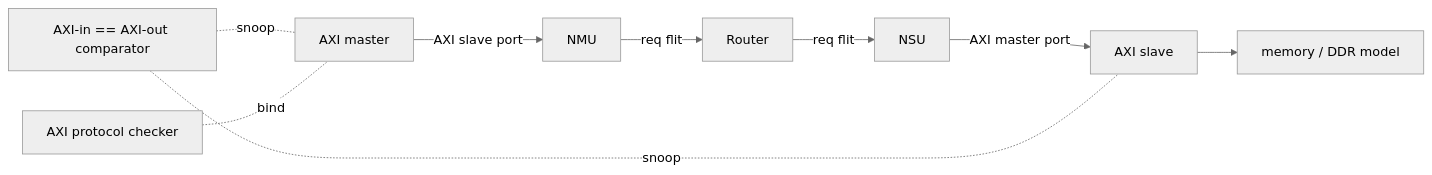
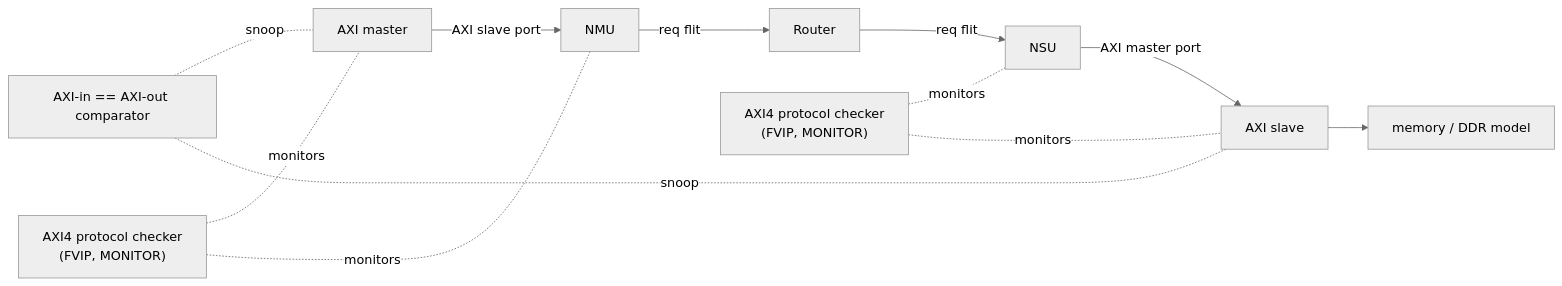
The fourth of 4 diagrams in spec/ni/dv/test_environment.md (changlukas/noc-sim), drawn with Mermaid (neutral theme) before and after one commit. The commit also changed other lines of this file and 2 other files, not shown here.

````diff
--- a/spec/ni/dv/test_environment.md
+++ b/spec/ni/dv/test_environment.md
@@ -138,11 +144,14 @@
 ```mermaid
 flowchart LR
   M["AXI master"] -->|"AXI slave port"| NMU["NMU"]
   NMU -->|"req flit"| R["Router"]
   R -->|"req flit"| NSU["NSU"]
   NSU -->|"AXI master port"| S["AXI slave"]
   S --> MEM["memory / DDR model"]
-  CMP["AXI-in == AXI-out comparator"] -.snoop.- M
-  CMP -.snoop.- S
-  PC["AXI protocol checker"] -.bind.- M
+  CMP["AXI-in == AXI-out comparator"] -. snoop .- M
+  CMP -. snoop .- S
+  PCm["AXI4 protocol checker<br/>(FVIP, MONITOR)"] -. monitors .- M
+  PCm -. monitors .- NMU
+  PCs["AXI4 protocol checker<br/>(FVIP, MONITOR)"] -. monitors .- NSU
+  PCs -. monitors .- S
 ```
````
